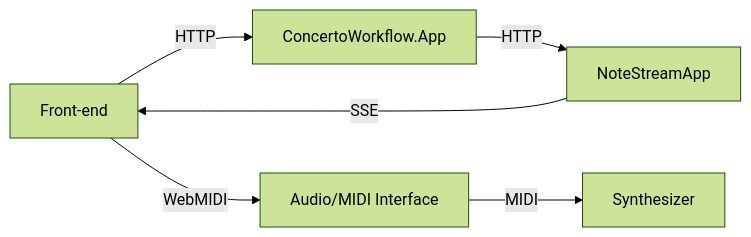
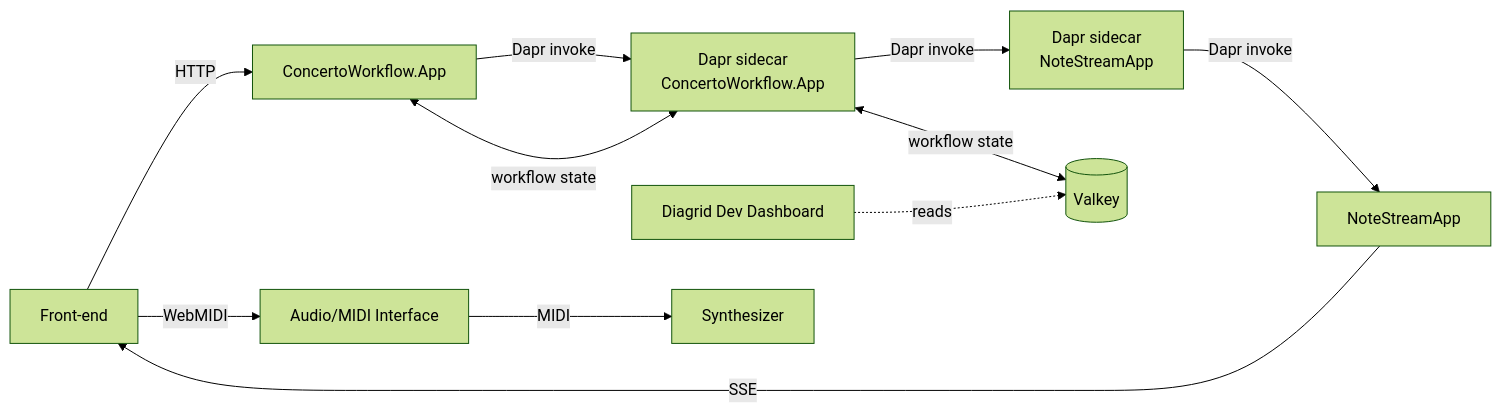
One commit to diagrid-labs/dapr-workflow-concerto changed the diagram in README.md. Above: the diagram before and after it, drawn with Mermaid (forest theme). The commit also changed other lines of this file and 2 other files, not shown here.

````diff
--- a/README.md
+++ b/README.md
@@ -7,8 +7,15 @@
 ```mermaid
 flowchart LR
     FE[Front-end] --HTTP--> CWA[ConcertoWorkflow.App]
-    CWA --HTTP--> NSA[NoteStreamApp]
+    CWA --Dapr invoke--> DAPR_CWA[Dapr sidecar
+    ConcertoWorkflow.App]
+    DAPR_CWA --Dapr invoke--> DAPR_NSA[Dapr sidecar
+    NoteStreamApp]
+    DAPR_NSA --Dapr invoke--> NSA[NoteStreamApp]
     NSA --SSE--> FE
+    CWA <--workflow state--> DAPR_CWA
+    DAPR_CWA <--workflow state--> VK[(Valkey)]
+    DD[Diagrid Dev Dashboard] -.reads.-> VK
     FE --WebMIDI--> HI[Audio/MIDI Interface]
     HI --MIDI--> HS[Synthesizer]
 ```
````
